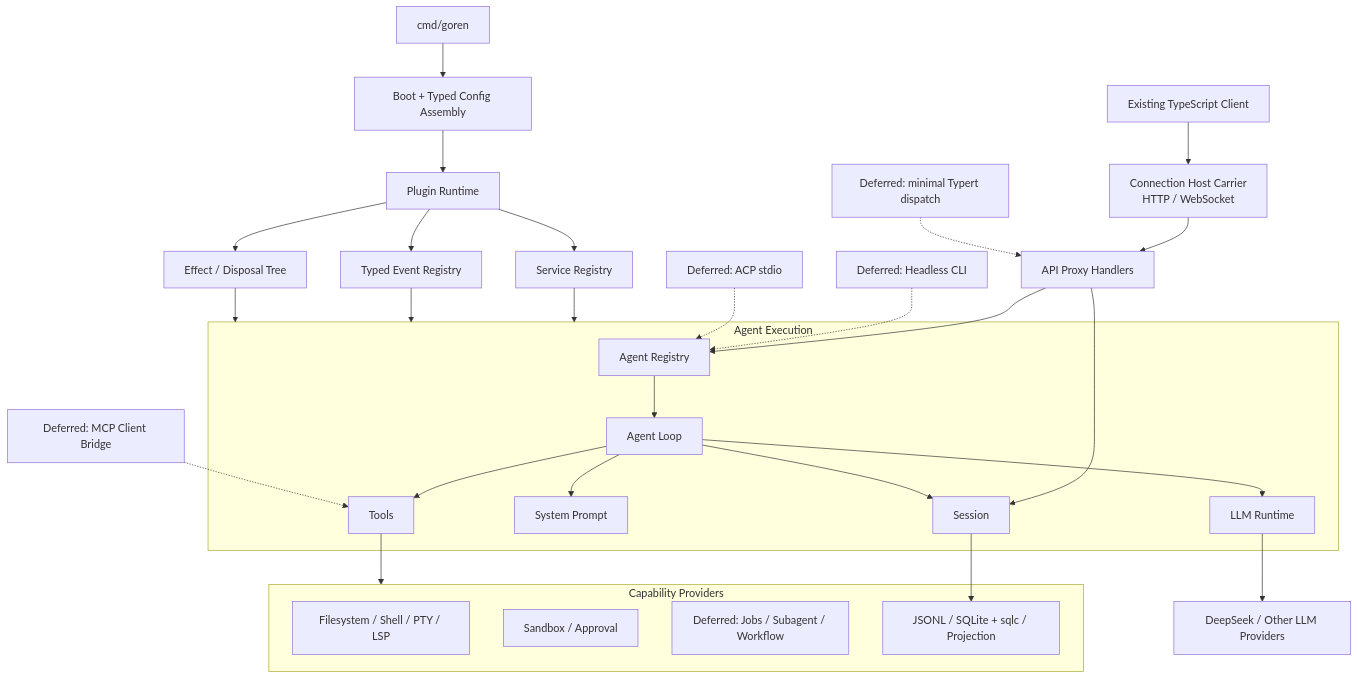
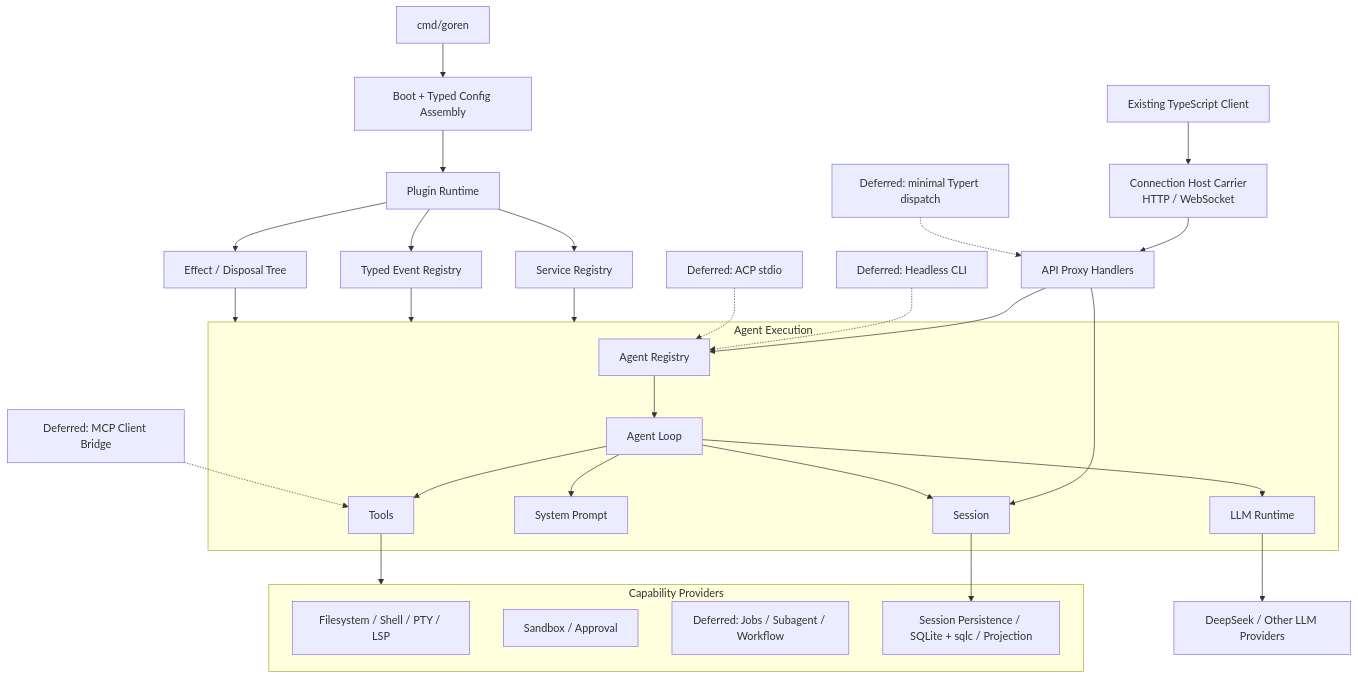
One commit to gorenx/goren changed the diagram in zh-CN/02-runtime-architecture-and-plugin-model.md. Above: the diagram before and after it, drawn with Mermaid. The commit also changed other lines of this file and 16 other files, not shown here.

````diff
--- a/zh-CN/02-runtime-architecture-and-plugin-model.md
+++ b/zh-CN/02-runtime-architecture-and-plugin-model.md
@@ -9,41 +9,41 @@
 ```mermaid
 flowchart TB
     CLIENT["Existing TypeScript Client"] --> CONN["Connection Host Carrier\nHTTP / WebSocket"]
     CONN --> API["API Proxy Handlers"]
     API --> AR
     API --> SS
 
     SERVER["cmd/goren"] --> BOOT["Boot + Typed Config Assembly"]
     BOOT --> PR["Plugin Runtime"]
     PR --> SP["Service Registry"]
     PR --> ER["Typed Event Registry"]
     PR --> EF["Effect / Disposal Tree"]
 
     subgraph CORE["Agent Execution"]
         AR["Agent Registry"] --> AL["Agent Loop"]
         AL --> SS["Session"]
         AL --> SYS["System Prompt"]
         AL --> TOOLS["Tools"]
         AL --> LLM["LLM Runtime"]
     end
 
     SP --> CORE
     ER --> CORE
     EF --> CORE
 
     subgraph PROVIDERS["Capability Providers"]
         FS["Filesystem / Shell / PTY / LSP"]
         SB["Sandbox / Approval"]
         ORCH["Deferred: Jobs / Subagent / Workflow"]
-        DATA["JSONL / SQLite + sqlc / Projection"]
+        DATA["Session Persistence / SQLite + sqlc / Projection"]
     end
 
     TOOLS --> PROVIDERS
     SS --> DATA
     LLM --> LP["DeepSeek / Other LLM Providers"]
 
     HEADLESS["Deferred: Headless CLI"] -.-> AR
     ACP["Deferred: ACP stdio"] -.-> AR
     MCP["Deferred: MCP Client Bridge"] -.-> TOOLS
     TYPERT["Deferred: minimal Typert dispatch"] -.-> API
 ```
````
